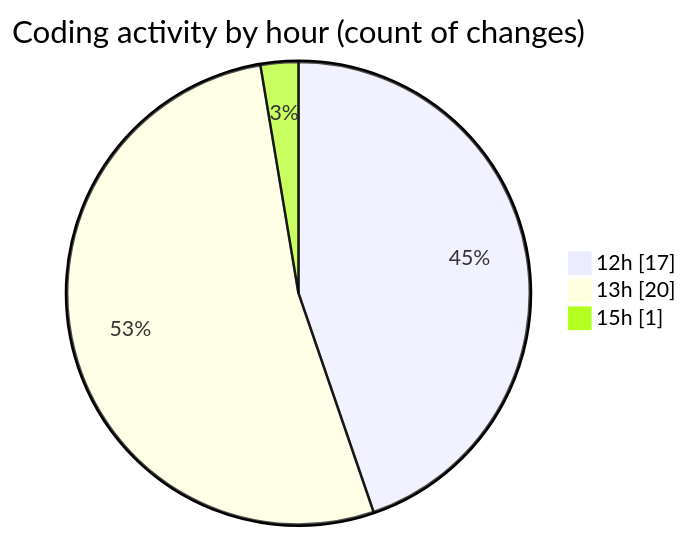
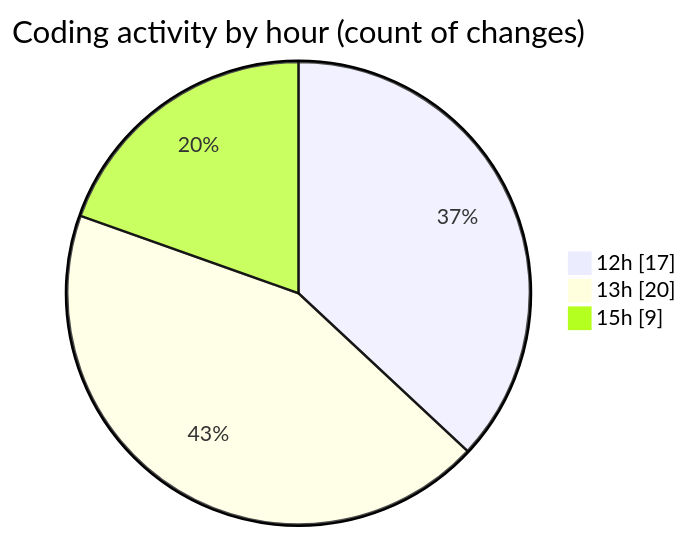
One commit to nxtqubesakshisongat/code-tracking changed the second of 2 diagrams in 2026-03-04/nxtqube_webapp/README.md. Above: the diagram before and after it, drawn with Mermaid. The commit also changed other lines of this file and 1 other file, not shown here.

````diff
--- a/2026-03-04/nxtqube_webapp/README.md
+++ b/2026-03-04/nxtqube_webapp/README.md
@@ -31,7 +32,7 @@
 ```mermaid
 pie showData
 title Coding activity by hour (count of changes)
 "12h" : 17
 "13h" : 20
-"15h" : 1
+"15h" : 9
 ```
````
